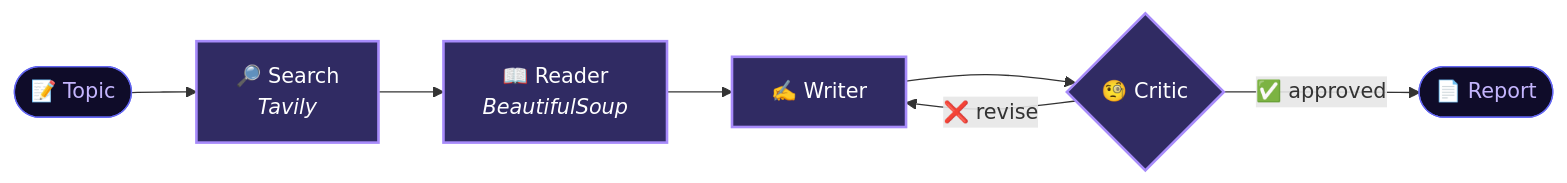
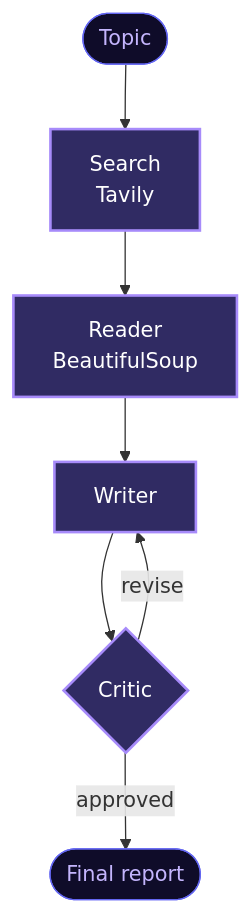
The first of 2 diagrams in README.md (IrbaazN/IrbaazN), drawn with Mermaid before and after one commit. The commit also changed other lines of this file, not shown here.

First line of the commit message:
Revise README with Python class and formatting updates

````diff
--- a/README.md
+++ b/README.md
@@ -64,14 +76,14 @@
 ```mermaid
-flowchart LR
-    T([📝 Topic]) --> S[🔎 Search<br/><i>Tavily</i>]
-    S --> R[📖 Reader<br/><i>BeautifulSoup</i>]
-    R --> W[✍️ Writer]
-    W --> C{🧐 Critic}
-    C -- "❌ revise" --> W
-    C -- "✅ approved" --> OUT([📄 Report])
+flowchart TD
+    T([Topic]) --> S[Search<br/>Tavily]
+    S --> R[Reader<br/>BeautifulSoup]
+    R --> W[Writer]
+    W --> C{Critic}
+    C -- revise --> W
+    C -- approved --> OUT([Final report])
 
     classDef agent fill:#302b63,stroke:#a78bfa,color:#fff,stroke-width:2px
     classDef io fill:#0f0c29,stroke:#6366f1,color:#c4b5fd
     class S,R,W,C agent
     class T,OUT io
 ```
````
